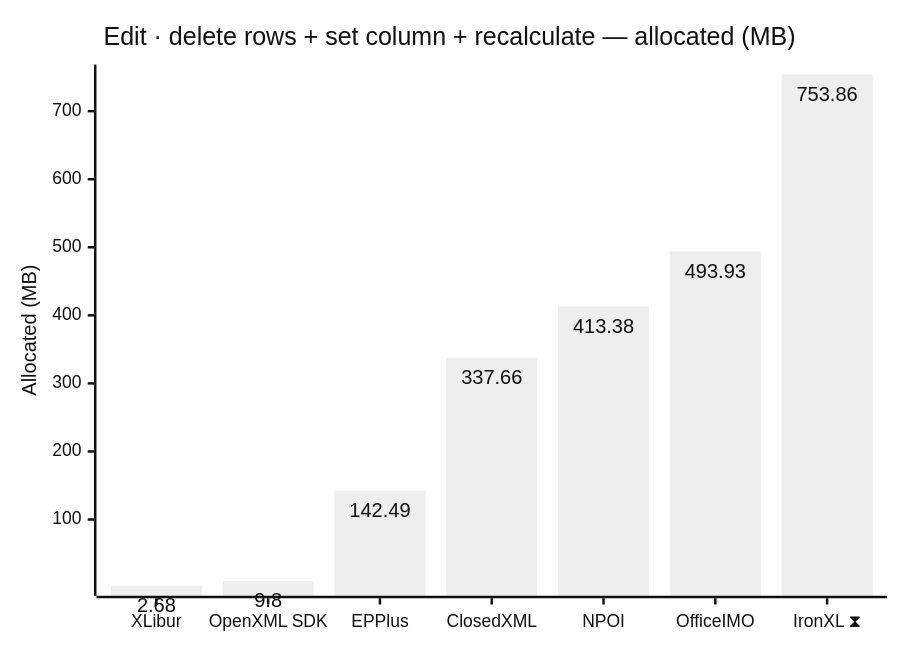
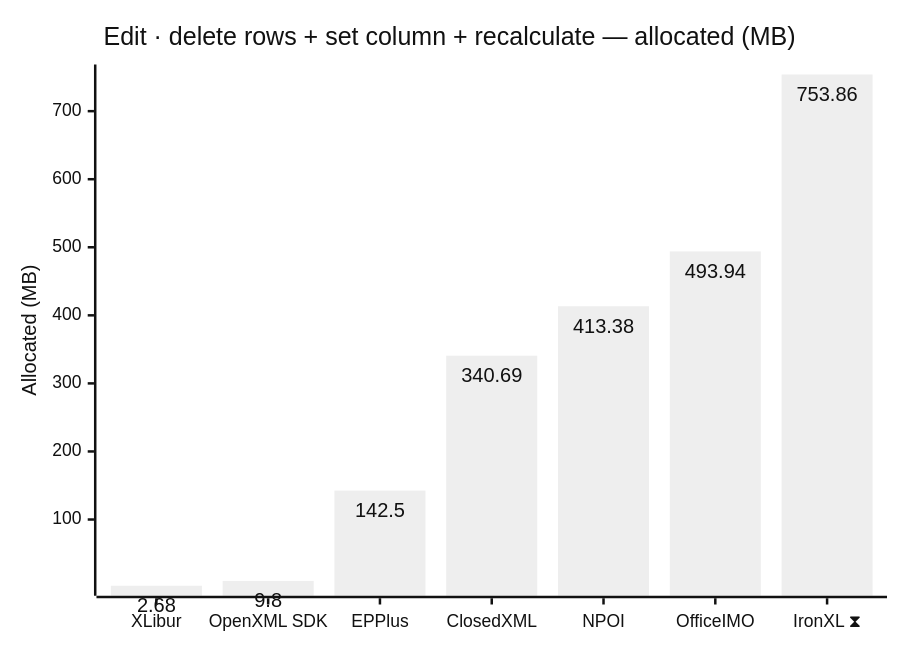
Before and after one commit to jafin/XLBench: diagram 12 of 18 in docs/results-ci.md, drawn with Mermaid (neutral theme). The commit also changed other lines of this file, not shown here.

````diff
--- a/docs/results-ci.md
+++ b/docs/results-ci.md
@@ -186,12 +186,12 @@
 ```mermaid
 ---
 config:
   xyChart:
     showDataLabel: true
 ---
 xychart-beta
     title "Edit · delete rows + set column + recalculate — allocated (MB)"
     x-axis ["XLibur", "OpenXML SDK", "EPPlus", "ClosedXML", "NPOI", "OfficeIMO", "IronXL ⧗"]
     y-axis "Allocated (MB)"
-    bar [2.68, 9.8, 142.49, 337.66, 413.38, 493.93, 753.86]
+    bar [2.68, 9.8, 142.5, 340.69, 413.38, 493.94, 753.86]
 ```
````
